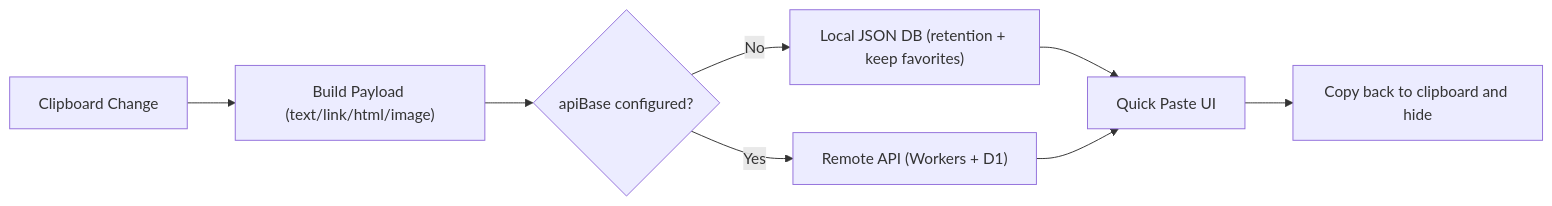
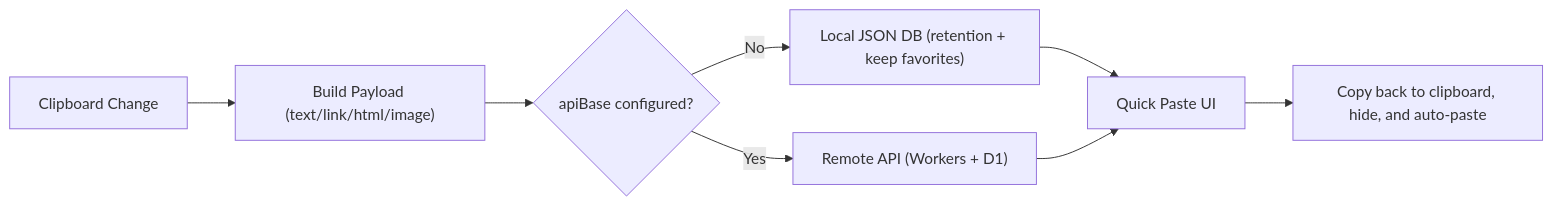
The second of 2 diagrams in README.md (leeguooooo/paste), drawn with Mermaid before and after one commit. The commit also changed other lines of this file and 2 other files, not shown here.

````diff
--- a/README.md
+++ b/README.md
@@ -43,13 +58,13 @@
 ```mermaid
 flowchart LR
   C["Clipboard Change"] --> P["Build Payload (text/link/html/image)"]
   P --> D{"apiBase configured?"}
 
   D -- "No" --> L["Local JSON DB (retention + keep favorites)"]
   D -- "Yes" --> R["Remote API (Workers + D1)"]
 
   L --> UI["Quick Paste UI"]
   R --> UI
 
-  UI --> Copy["Copy back to clipboard and hide"]
+  UI --> Copy["Copy back to clipboard, hide, and auto-paste"]
 ```
````
